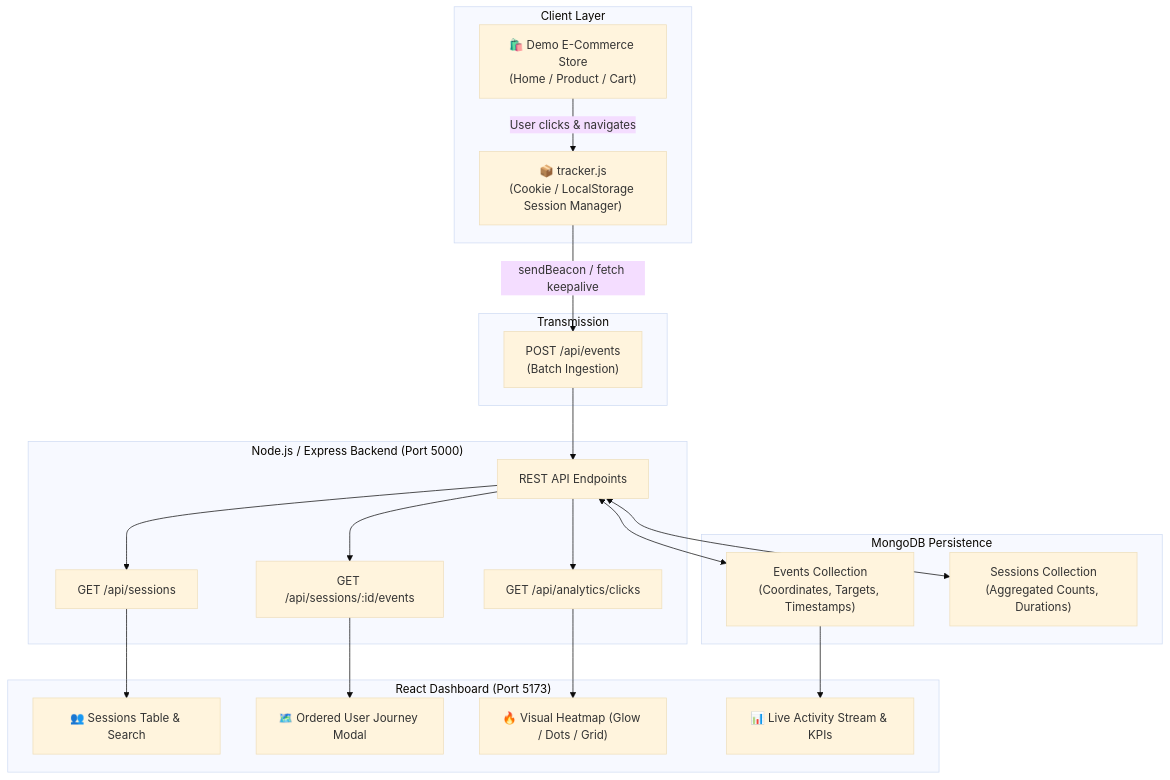
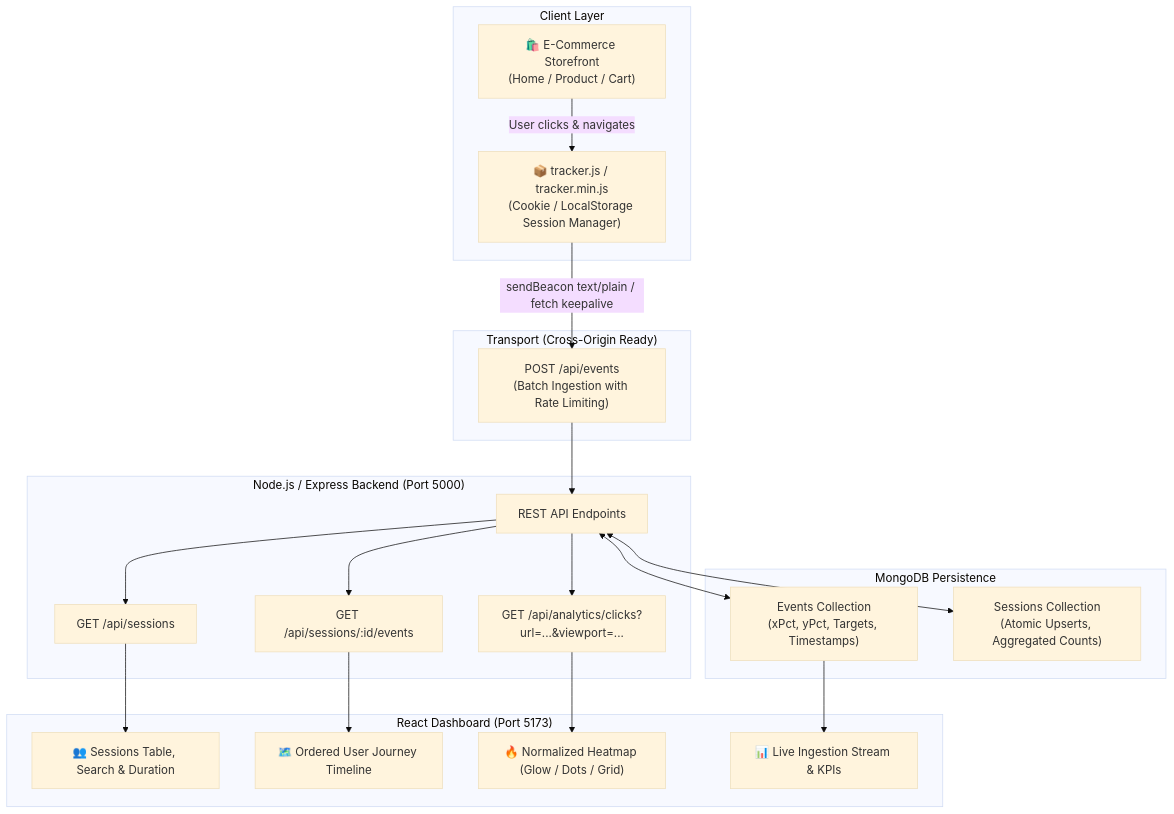
The diagram in README.md (PrathameshTawar/13-10-2026), drawn with Mermaid (base theme) before and after one commit. The commit also changed other lines of this file and 21 other files, not shown here.

Commit message:
feat: complete production-grade analytics platform with coordinate normalization, atomic session upserts, cross-origin text/plain beacon, automated test suite, and docker-compose

````diff
--- a/README.md
+++ b/README.md
@@ -9,31 +18,31 @@
 ```mermaid
 flowchart TD
     subgraph Client ["Client Layer"]
-        DS["🛍️ Demo E-Commerce Store<br/>(Home / Product / Cart)"]
-        TR["📦 tracker.js<br/>(Cookie / LocalStorage Session Manager)"]
+        DS["🛍️ E-Commerce Storefront<br/>(Home / Product / Cart)"]
+        TR["📦 tracker.js / tracker.min.js<br/>(Cookie / LocalStorage Session Manager)"]
         DS -->|User clicks & navigates| TR
     end
 
-    subgraph Transport ["Transmission"]
-        TR -->|sendBeacon / fetch keepalive| ING["POST /api/events<br/>(Batch Ingestion)"]
+    subgraph Transport ["Transport (Cross-Origin Ready)"]
+        TR -->|sendBeacon text/plain / fetch keepalive| ING["POST /api/events<br/>(Batch Ingestion with Rate Limiting)"]
     end
 
     subgraph Backend ["Node.js / Express Backend (Port 5000)"]
         ING --> API["REST API Endpoints"]
         API --> SESS_API["GET /api/sessions"]
         API --> JOUR_API["GET /api/sessions/:id/events"]
-        API --> HEAT_API["GET /api/analytics/clicks"]
+        API --> HEAT_API["GET /api/analytics/clicks?url=...&viewport=..."]
     end
 
     subgraph Database ["MongoDB Persistence"]
-        API <--> EVT_COL["Events Collection<br/>(Coordinates, Targets, Timestamps)"]
-        API <--> SES_COL["Sessions Collection<br/>(Aggregated Counts, Durations)"]
+        API <--> EVT_COL["Events Collection<br/>(xPct, yPct, Targets, Timestamps)"]
+        API <--> SES_COL["Sessions Collection<br/>(Atomic Upserts, Aggregated Counts)"]
     end
 
     subgraph Dashboard ["React Dashboard (Port 5173)"]
-        SESS_API --> UI_SESS["👥 Sessions Table & Search"]
-        JOUR_API --> UI_JOUR["🗺️ Ordered User Journey Modal"]
-        HEAT_API --> UI_HEAT["🔥 Visual Heatmap (Glow / Dots / Grid)"]
-        EVT_COL --> UI_METR["📊 Live Activity Stream & KPIs"]
+        SESS_API --> UI_SESS["👥 Sessions Table, Search & Duration"]
+        JOUR_API --> UI_JOUR["🗺️ Ordered User Journey Timeline"]
+        HEAT_API --> UI_HEAT["🔥 Normalized Heatmap (Glow / Dots / Grid)"]
+        EVT_COL --> UI_METR["📊 Live Ingestion Stream & KPIs"]
     end
 ```
````
